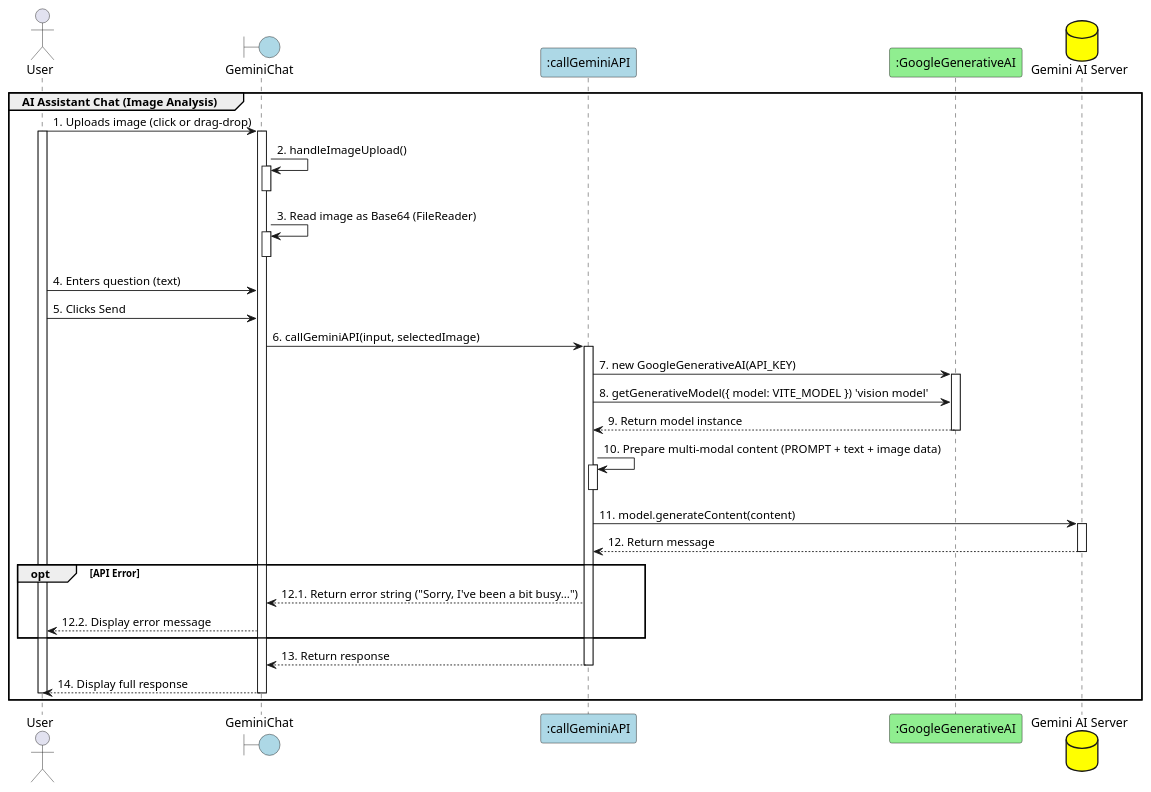
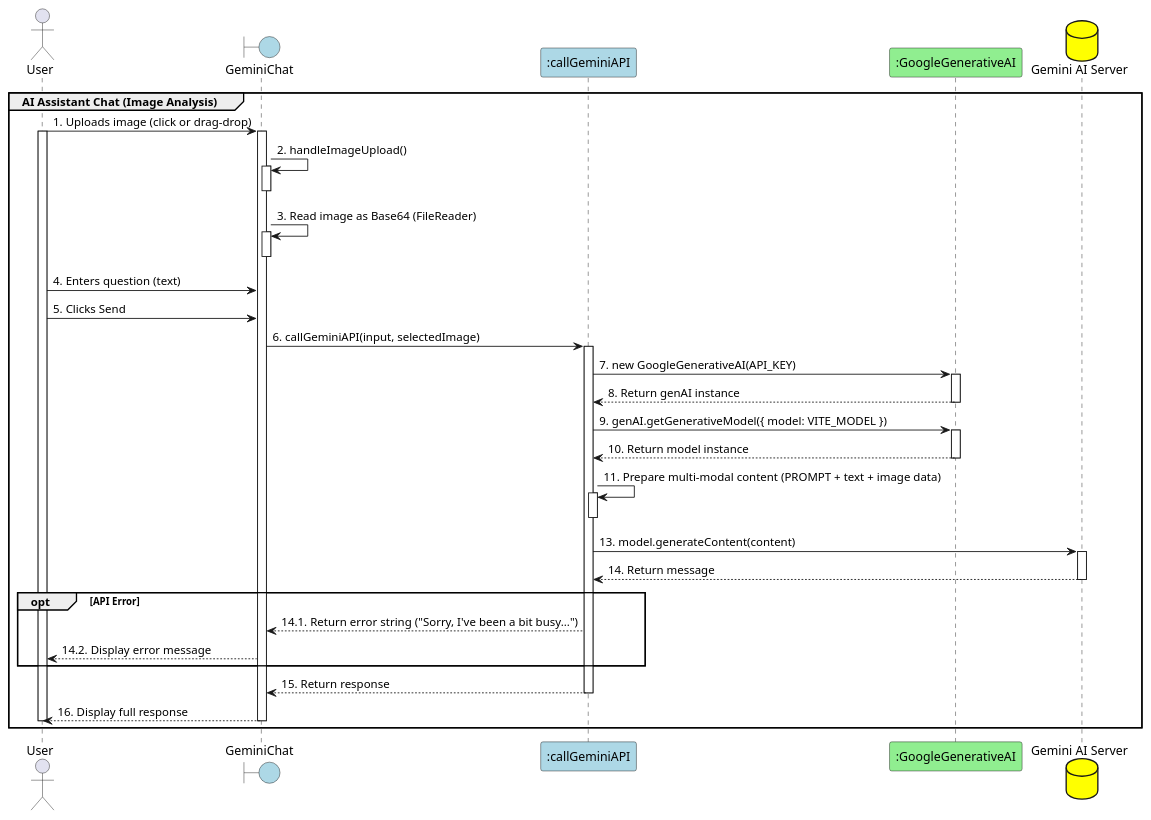
One commit to Aohkne/CaloCook changed the diagram in PlanUML/new/UC-64_imageAnalysis.puml. Above: the diagram before and after it, drawn with PlantUML. The commit also changed 1 other file, not shown here.

```diff
--- a/PlanUML/new/UC-64_imageAnalysis.puml
+++ b/PlanUML/new/UC-64_imageAnalysis.puml
@@ -1,59 +1,62 @@
 @startuml Get AI Assistant Response (Image Analysis)
 
 actor User as "User"
 boundary "GeminiChat" as View #lightblue
 participant ":callGeminiAPI" as APIHandler #lightblue
 participant ":GoogleGenerativeAI" as SDK #lightgreen
 database "Gemini AI Server" as GeminiServer #yellow
 
 Group AI Assistant Chat (Image Analysis)
     User -> View: 1. Uploads image (click or drag-drop)
     activate User
     activate View
 
     View -> View: 2. handleImageUpload()
     activate View
     deactivate View
 
     View -> View: 3. Read image as Base64 (FileReader)
     activate View
     deactivate View
 
     User -> View: 4. Enters question (text)
     User -> View: 5. Clicks Send
 
     View -> APIHandler: 6. callGeminiAPI(input, selectedImage)
     activate APIHandler
 
     APIHandler -> SDK: 7. new GoogleGenerativeAI(API_KEY)
     activate SDK
 
-    APIHandler -> SDK: 8. getGenerativeModel({ model: VITE_MODEL }) 'vision model'
-
-    SDK --> APIHandler: 9. Return model instance
+    SDK --> APIHandler: 8. Return genAI instance
     deactivate SDK
 
-    APIHandler -> APIHandler: 10. Prepare multi-modal content (PROMPT + text + image data)
+    APIHandler -> SDK: 9. genAI.getGenerativeModel({ model: VITE_MODEL })
+    activate SDK
+    SDK --> APIHandler: 10. Return model instance
+    deactivate SDK
+
+    APIHandler -> APIHandler: 11. Prepare multi-modal content (PROMPT + text + image data)
     activate APIHandler
     deactivate APIHandler
 
-    APIHandler -> GeminiServer: 11. model.generateContent(content)
+    APIHandler -> GeminiServer: 13. model.generateContent(content)
     activate GeminiServer
 
-    GeminiServer --> APIHandler: 12. Return message
+    GeminiServer --> APIHandler: 14. Return message
     deactivate GeminiServer
     
     opt API Error
-        APIHandler --> View: 12.1. Return error string ("Sorry, I've been a bit busy...")
-        View --> User: 12.2. Display error message
+        APIHandler --> View: 14.1. Return error string ("Sorry, I've been a bit busy...")
+        View --> User: 14.2. Display error message
     end
     
-    APIHandler --> View: 13. Return response
+    APIHandler --> View: 15. Return response
     deactivate APIHandler
     
-    View --> User: 14. Display full response
+    View --> User: 16. Display full response
     deactivate User
     deactivate View
 
 end
 @enduml
```
